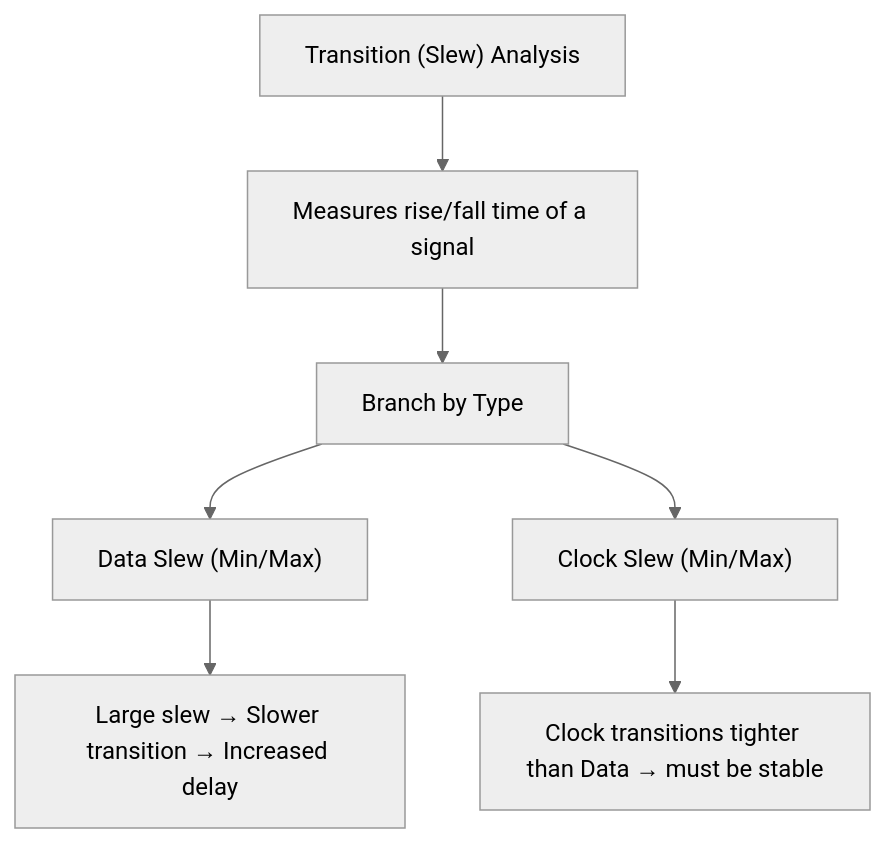
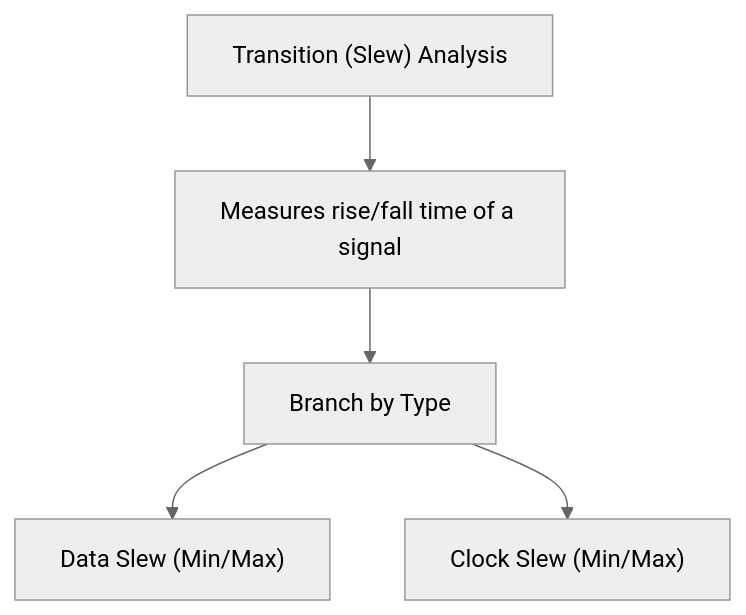
The first of 3 diagrams in Part 2 - Fundamentals of Static Timing Analysis (STA)/Readme.md (DivyaDarshan09/Divya_Darshan-VSD-RISCV-week-3), drawn with Mermaid (neutral theme) before and after one commit. The commit also changed other lines of this file and 8 other files, not shown here.

````diff
--- a/Part 2 - Fundamentals of Static Timing Analysis (STA)/Readme.md
+++ b/Part 2 - Fundamentals of Static Timing Analysis (STA)/Readme.md
@@ -94,9 +97,7 @@
 ```mermaid
 flowchart TD
     A["Transition (Slew) Analysis"] --> B["Measures rise/fall time of a signal"]
     B --> C["Branch by Type"]
     C --> D["Data Slew (Min/Max)"]
     C --> E["Clock Slew (Min/Max)"]
-    D --> F["Large slew → Slower transition → Increased delay"]
-    E --> G["Clock transitions tighter than Data → must be stable"]
 ```
````
